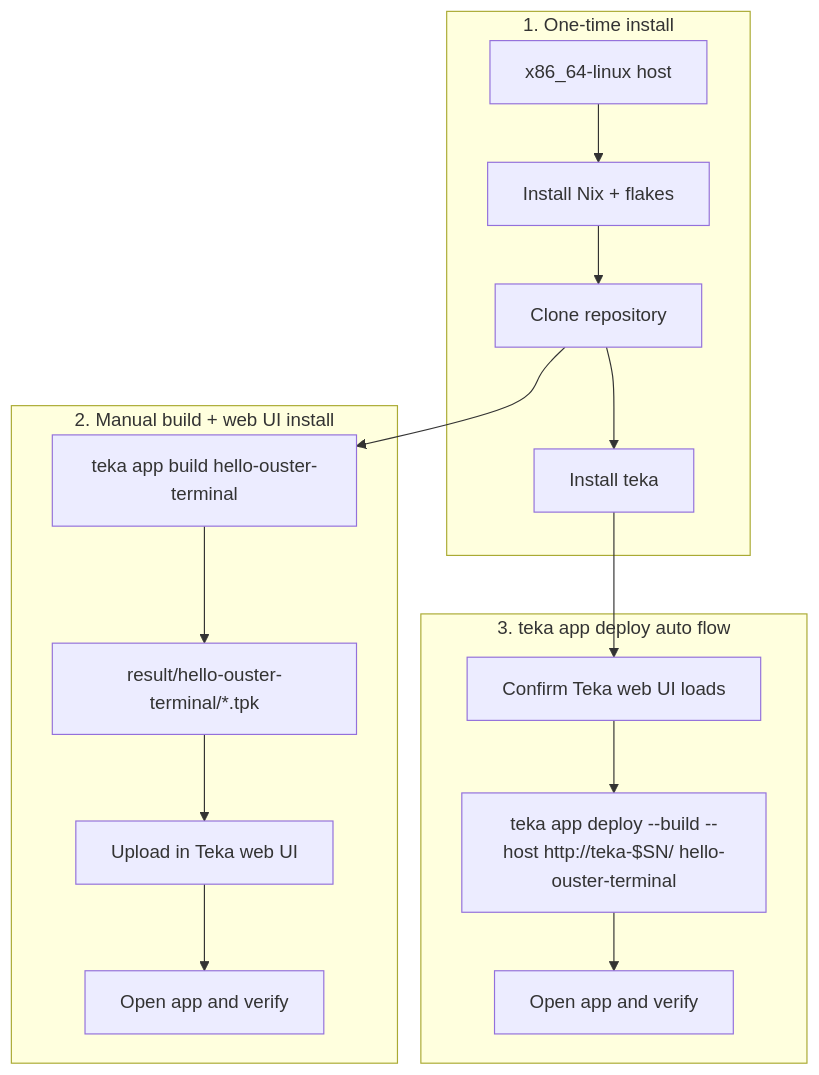
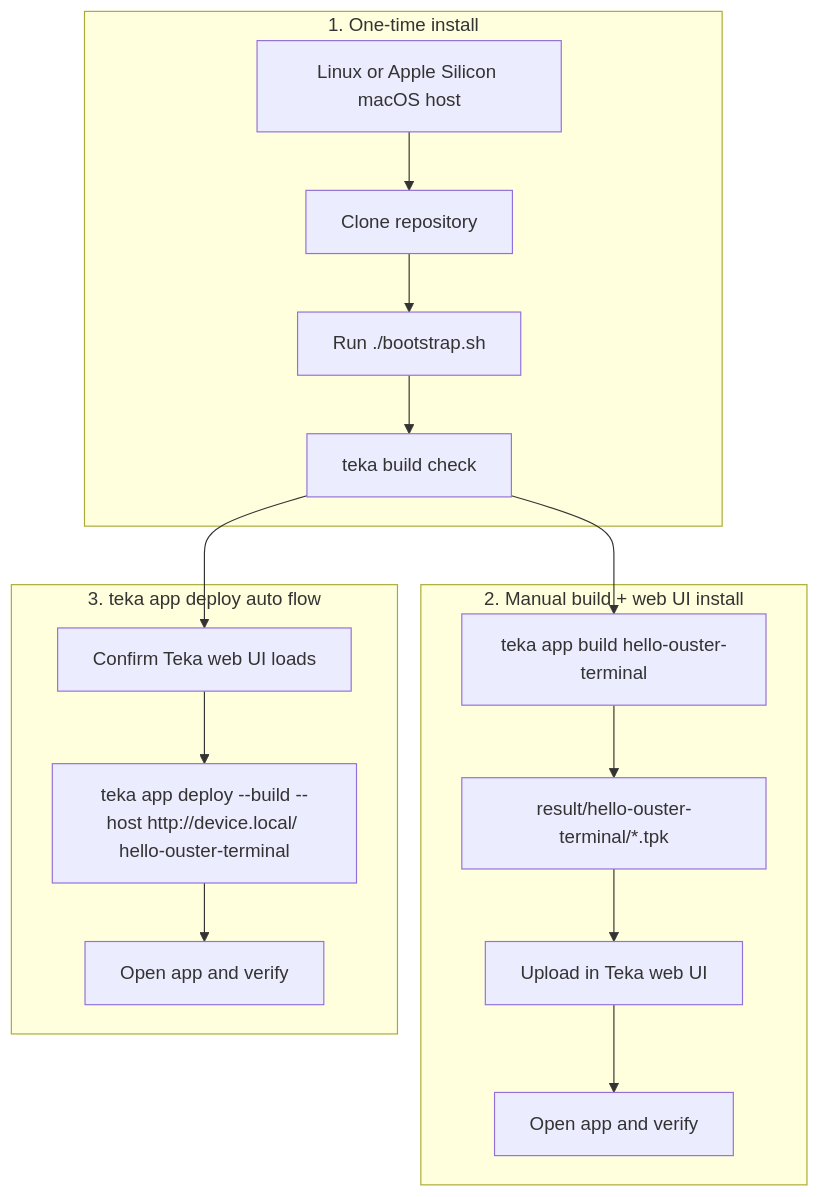
The diagram in docs/developer-guide.md (ouster-lidar/teka-sdk), drawn with Mermaid before and after one commit. The commit also changed other lines of this file and 3 other files, not shown here.

````diff
--- a/docs/developer-guide.md
+++ b/docs/developer-guide.md
@@ -7,28 +7,28 @@
 ```mermaid
 flowchart TD
     subgraph setup [1. One-time install]
-        A[x86_64-linux host]
-        B[Install Nix + flakes]
-        C[Clone repository]
-        K[Install teka]
+        A[Linux or Apple Silicon macOS host]
+        B[Clone repository]
+        C[Run ./bootstrap.sh]
+        K[teka build check]
         A --> B --> C --> K
     end
 
     subgraph manual [2. Manual build + web UI install]
         D[teka app build hello-ouster-terminal]
         E[result/hello-ouster-terminal/*.tpk]
         F[Upload in Teka web UI]
         G[Open app and verify]
         D --> E --> F --> G
     end
 
     subgraph auto [3. teka app deploy auto flow]
         H[Confirm Teka web UI loads]
-        I[teka app deploy --build --host http://teka-$SN/ hello-ouster-terminal]
+        I[teka app deploy --build --host http://device.local/ hello-ouster-terminal]
         J[Open app and verify]
         H --> I --> J
     end
 
-    C --> D
+    K --> D
     K --> H
 ```
````
